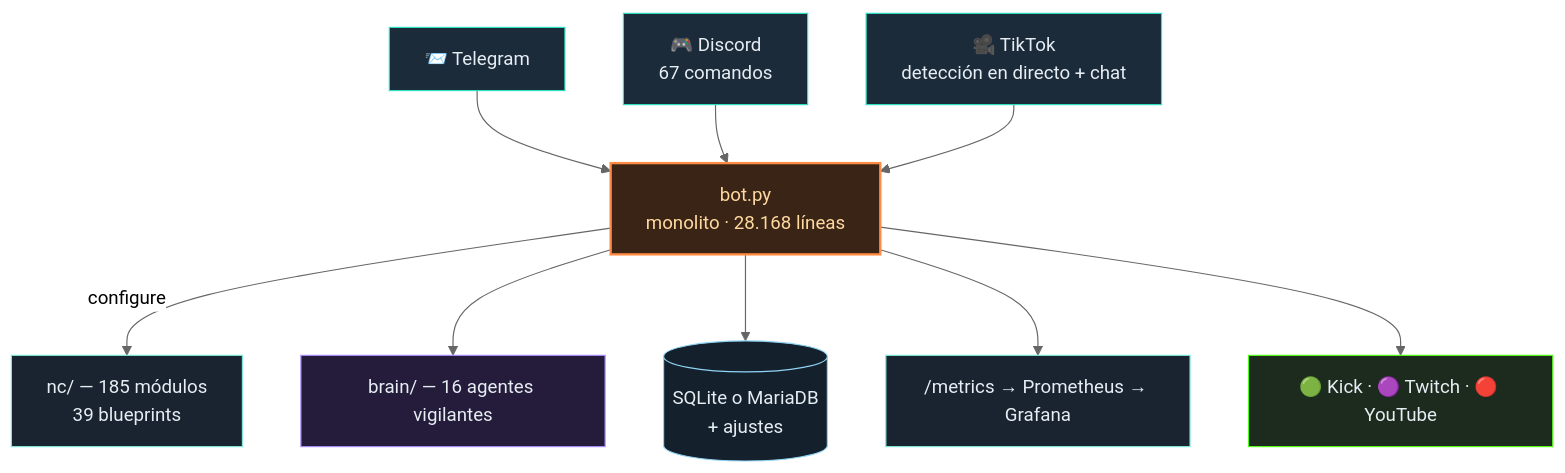
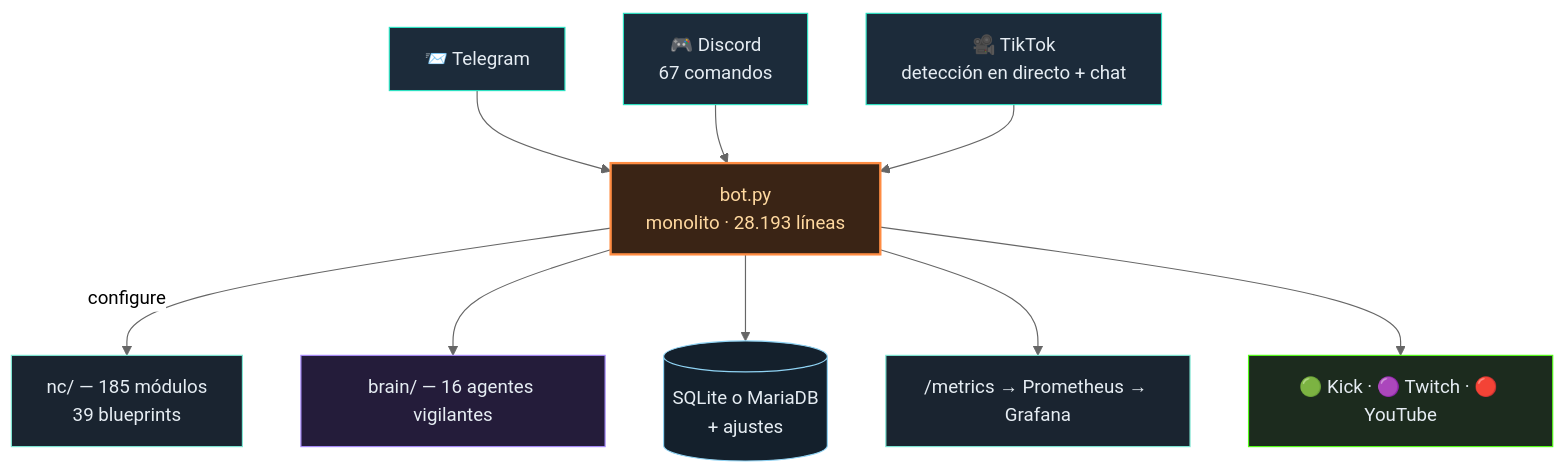
The diagram in README.es.md (itsamemedev/Telegram-Stream-Info-Bot), drawn with Mermaid (neutral theme) before and after one commit. The commit also changed 12 other files, not shown here.

````diff
--- a/README.es.md
+++ b/README.es.md
@@ -64,18 +64,18 @@
 ```mermaid
 flowchart TB
     TG["📨 Telegram"]:::ein --> BOT
     DC["🎮 Discord<br/>67 comandos"]:::ein --> BOT
     TT["🎥 TikTok<br/>detección en directo + chat"]:::ein --> BOT
-    BOT["bot.py<br/>monolito · 28.168 líneas"]:::core
+    BOT["bot.py<br/>monolito · 28.193 líneas"]:::core
     BOT -->|configure| NC["nc/ — 185 módulos<br/>39 blueprints"]:::lib
     BOT --> BRAIN["brain/ — 16 agentes vigilantes"]:::brain
     BOT --> DB[("SQLite o MariaDB<br/>+ ajustes")]:::db
     BOT --> PROM["/metrics → Prometheus → Grafana"]:::lib
     BOT --> OUT["🟢 Kick · 🟣 Twitch · 🔴 YouTube"]:::out
     classDef ein fill:#1c2b3a,stroke:#2de1c2,color:#e6edf3
     classDef core fill:#3a2415,stroke:#ff8c42,stroke-width:2px,color:#ffd9a0
     classDef lib fill:#1a2430,stroke:#7fe7d4,color:#e6edf3
     classDef brain fill:#241c3a,stroke:#a78bfa,color:#e6edf3
     classDef db fill:#14202c,stroke:#8fd3f4,color:#e6edf3
     classDef out fill:#1c2b1e,stroke:#53fc18,color:#e6edf3
 ```
````
